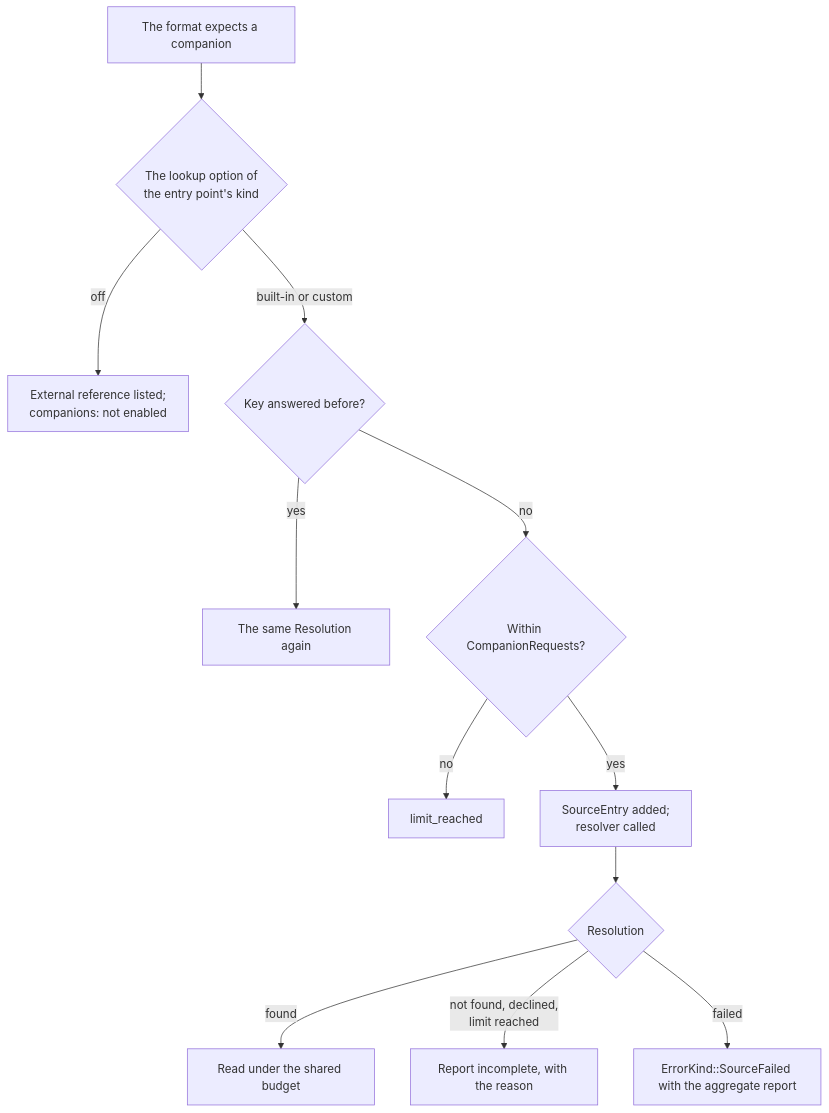
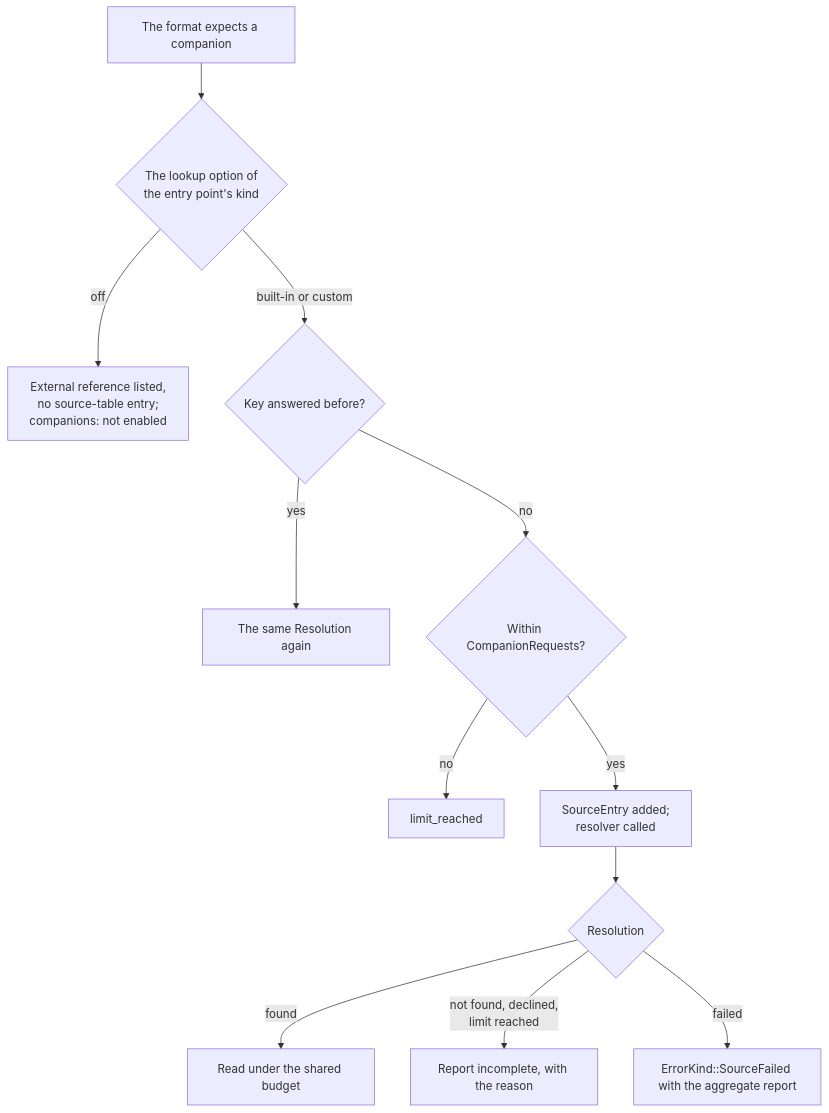
Before and after one commit to caoccao/cc-media-probe: the second of 2 diagrams in docs/design/api.md, drawn with Mermaid. The commit also changed other lines of this file and 14 other files, not shown here.

````diff
--- a/docs/design/api.md
+++ b/docs/design/api.md
@@ -913,14 +1003,14 @@
 ```mermaid
 flowchart TD
   X["The format expects a companion"] --> EN{"The lookup option of<br/>the entry point's kind"}
-  EN -->|off| NE["External reference listed;<br/>companions: not enabled"]
+  EN -->|off| NE["External reference listed,<br/>no source-table entry;<br/>companions: not enabled"]
   EN -->|"built-in or custom"| K{"Key answered before?"}
   K -->|yes| SAME["The same Resolution again"]
   K -->|no| LIM{"Within CompanionRequests?"}
   LIM -->|no| LR["limit_reached"]
   LIM -->|yes| REQ["SourceEntry added;<br/>resolver called"]
   REQ --> RES{"Resolution"}
   RES -->|found| READ["Read under the shared budget"]
   RES -->|"not found, declined,<br/>limit reached"| INC["Report incomplete, with the reason"]
   RES -->|failed| ERR["ErrorKind::SourceFailed with the aggregate report"]
 ```
````
